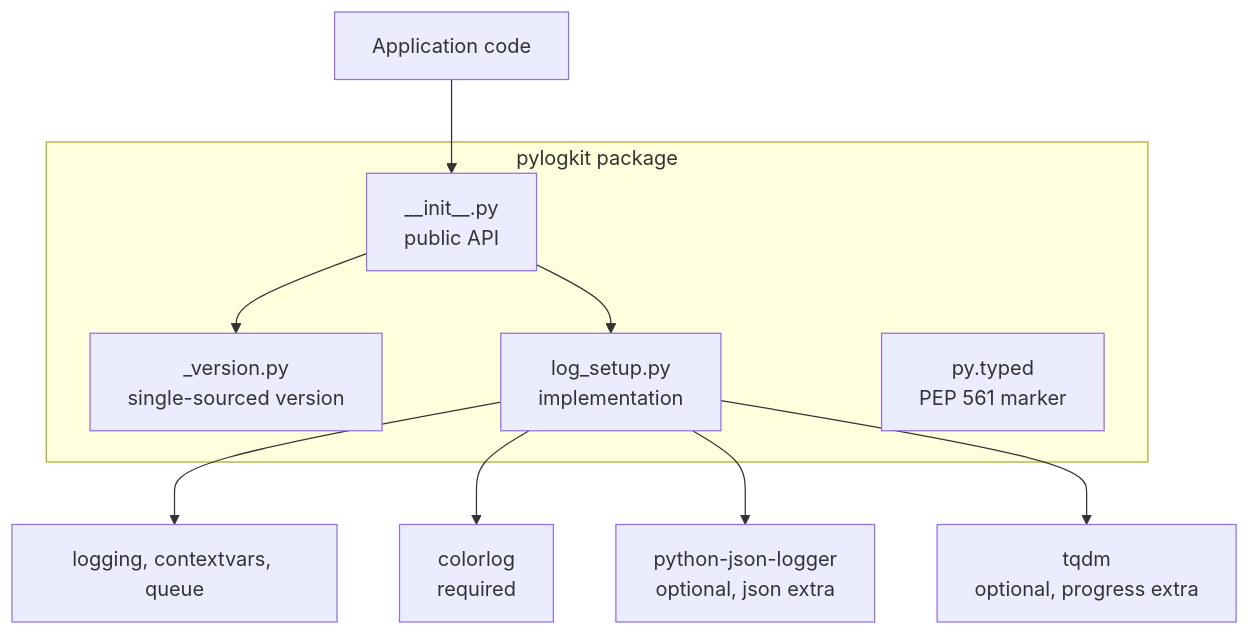
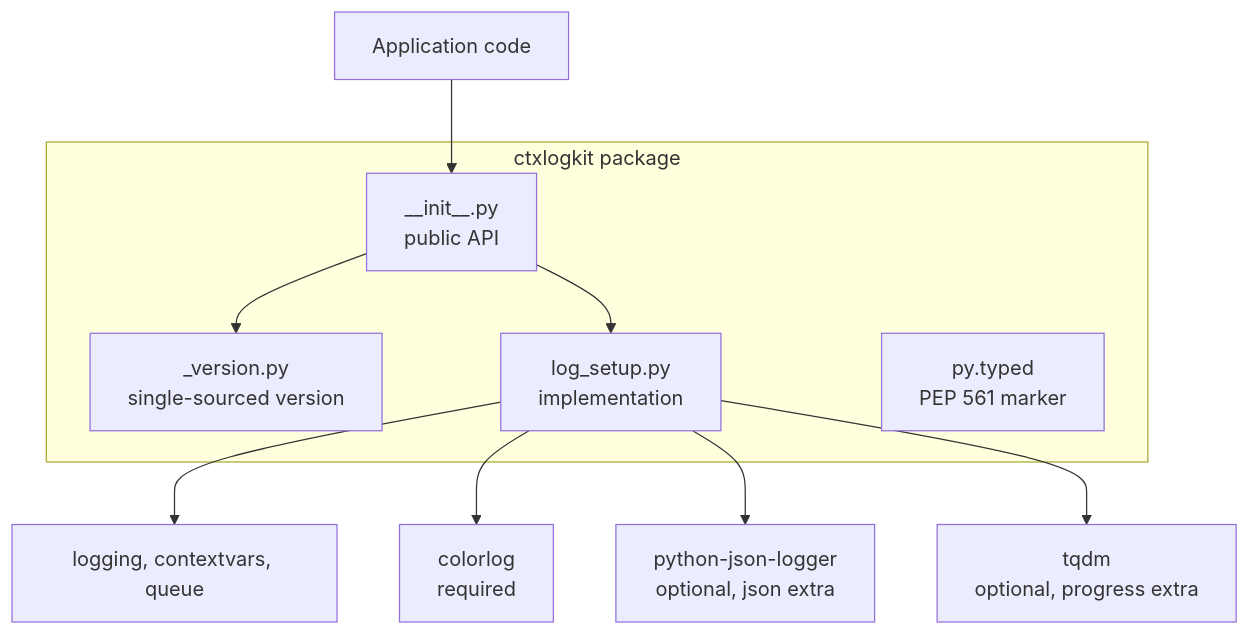
One commit to markbac/py-logkit changed the first of 4 diagrams in docs/architecture.md. Above: the diagram before and after it, drawn with Mermaid. The commit also changed other lines of this file and 36 other files, not shown here.

First line of the commit message:
Rename pylogkit to ctxlogkit (#44) (#58)

````diff
--- a/docs/architecture.md
+++ b/docs/architecture.md
@@ -16,16 +16,16 @@
 ```mermaid
 flowchart TB
-    subgraph pkg["pylogkit package"]
+    subgraph pkg["ctxlogkit package"]
         init["__init__.py<br/>public API"]
         ver["_version.py<br/>single-sourced version"]
         core["log_setup.py<br/>implementation"]
         typed["py.typed<br/>PEP 561 marker"]
     end
     app["Application code"] --> init
     init --> core
     init --> ver
     core --> stdlib["logging, contextvars, queue"]
     core --> colorlog["colorlog<br/>required"]
     core --> pjl["python-json-logger<br/>optional, json extra"]
     core --> tqdm["tqdm<br/>optional, progress extra"]
 ```
````
